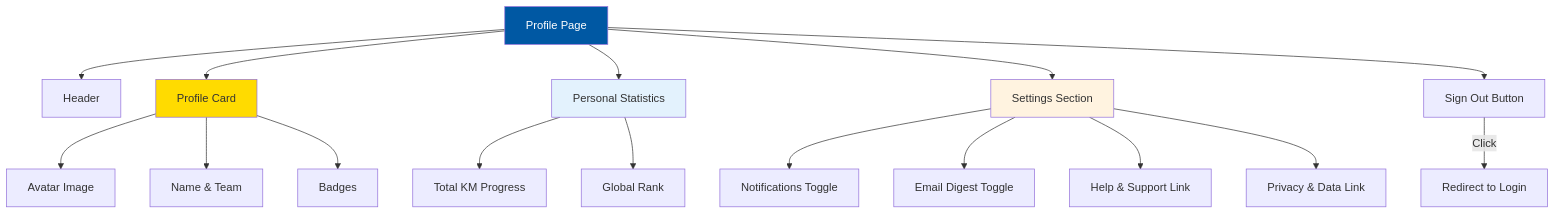
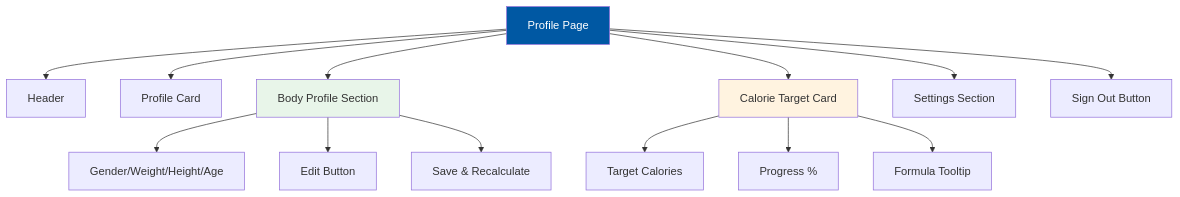
Before and after one commit to ilhaminudin24/ITDigital-wellbeing: the eighth of 10 diagrams in docs/project_analysis.md, drawn with Mermaid. The commit also changed other lines of this file and 8 other files, not shown here.

````diff
--- a/docs/project_analysis.md
+++ b/docs/project_analysis.md
@@ -412,27 +407,21 @@
 ```mermaid
 flowchart TD
     A[Profile Page] --> B[Header]
     A --> C[Profile Card]
-    A --> D[Personal Statistics]
-    A --> E[Settings Section]
-    A --> F[Sign Out Button]
+    A --> D[Body Profile Section]
+    A --> E[Calorie Target Card]
+    A --> F[Settings Section]
+    A --> G[Sign Out Button]
     
-    C --> C1[Avatar Image]
-    C --> C2[Name & Team]
-    C --> C3[Badges]
+    D --> D1[Gender/Weight/Height/Age]
+    D --> D2[Edit Button]
+    D --> D3[Save & Recalculate]
     
-    D --> D1[Total KM Progress]
-    D --> D2[Global Rank]
-    
-    E --> E1[Notifications Toggle]
-    E --> E2[Email Digest Toggle]
-    E --> E3[Help & Support Link]
-    E --> E4[Privacy & Data Link]
-    
-    F -->|Click| G[Redirect to Login]
+    E --> E1[Target Calories]
+    E --> E2[Progress %]
+    E --> E3[Formula Tooltip]
 
     style A fill:#0058a3,color:#fff
-    style C fill:#ffdb00
-    style D fill:#e3f2fd
+    style D fill:#e8f5e9
     style E fill:#fff3e0
 ```
````
